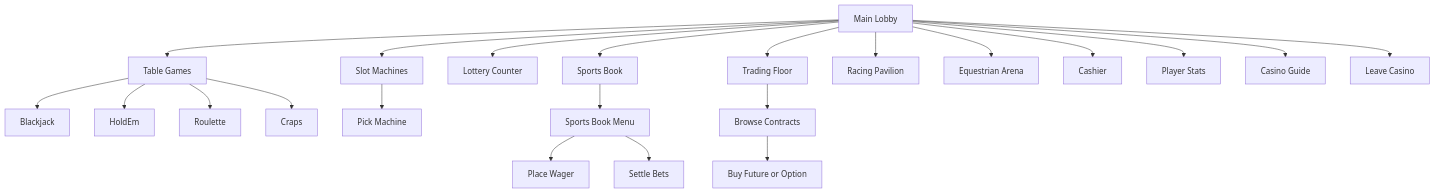
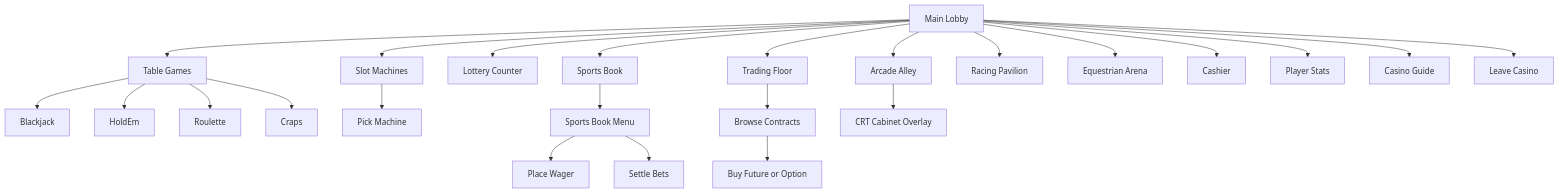
The diagram in docs/player-guide.md (Exios66/degen-llms), drawn with Mermaid before and after one commit. The commit also changed other lines of this file and 20 other files, not shown here.

First line of the commit message:
feat: Arcade Alley CRT overlay minigames

````diff
--- a/docs/player-guide.md
+++ b/docs/player-guide.md
@@ -9,26 +9,28 @@
 ```mermaid
 flowchart TD
     lobby[Main Lobby]
     lobby --> tableGames[Table Games]
     lobby --> slots[Slot Machines]
     lobby --> lottery[Lottery Counter]
     lobby --> sports[Sports Book]
     lobby --> trading[Trading Floor]
+    lobby --> arcade[Arcade Alley]
     lobby --> racing[Racing Pavilion]
     lobby --> equestrian[Equestrian Arena]
     lobby --> cashier[Cashier]
     lobby --> stats[Player Stats]
     lobby --> guide[Casino Guide]
     lobby --> exit[Leave Casino]
 
     tableGames --> blackjack[Blackjack]
     tableGames --> holdem[HoldEm]
     tableGames --> roulette[Roulette]
     tableGames --> craps[Craps]
     slots --> machinePick[Pick Machine]
     sports --> bookMenu[Sports Book Menu]
     bookMenu --> wager[Place Wager]
     bookMenu --> settle[Settle Bets]
     trading --> markets[Browse Contracts]
     markets --> buy[Buy Future or Option]
+    arcade --> cabinet[CRT Cabinet Overlay]
 ```
````
